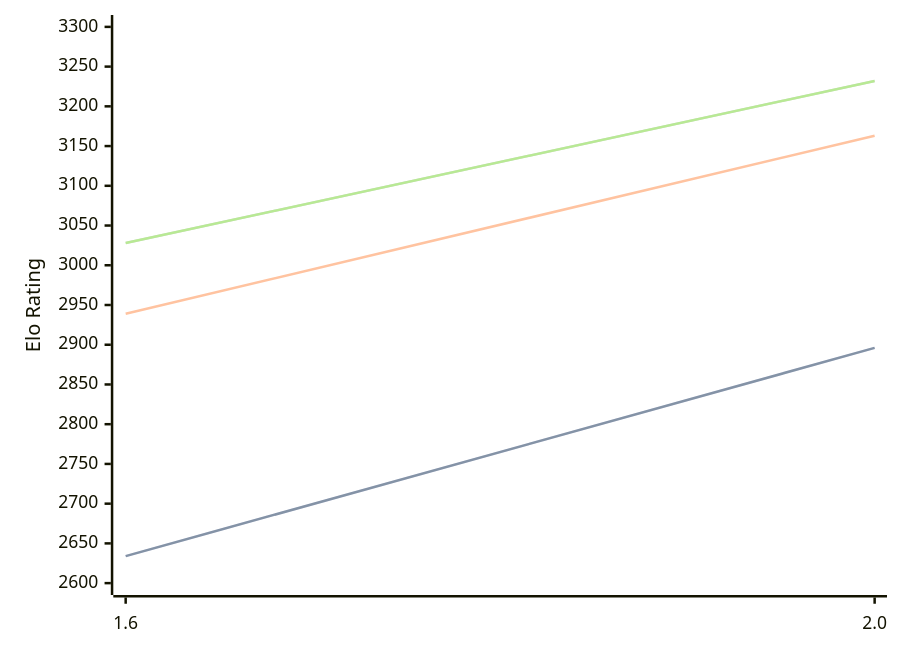
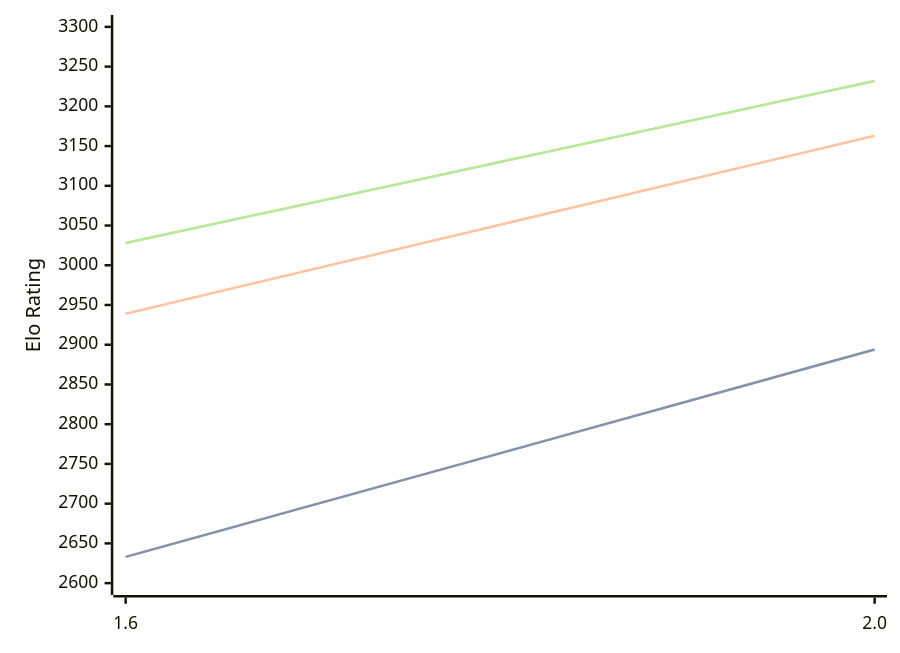
Before and after one commit to computer-chess-index/cci: the diagram in engines/Onyx.md, drawn with Mermaid. The commit also changed other lines of this file, not shown here.

````diff
--- a/engines/Onyx.md
+++ b/engines/Onyx.md
@@ -32,11 +32,11 @@
 ```mermaid
 %%{init: {"theme":"base","themeVariables":{"seriesColors:['#a3a3a3','#222221','#faa371']}}}%%
 xychart-beta
   x-axis ["1.6", "2.0"]
   y-axis "Elo Rating" 2600 --> 3300
-  line "" [2634, 2896]
-  line "STC (8.0+0.08s)" [2634, 2896]
+  line "" [2633, 2894]
+  line "STC (8.0+0.08s)" [2633, 2894]
   line "LTC (60.0+0.60s)" [2939, 3163]
   line "" [3028, 3232]
   line "VLTC (2m24s+1.12s)" [3028, 3232]
 ```
````
